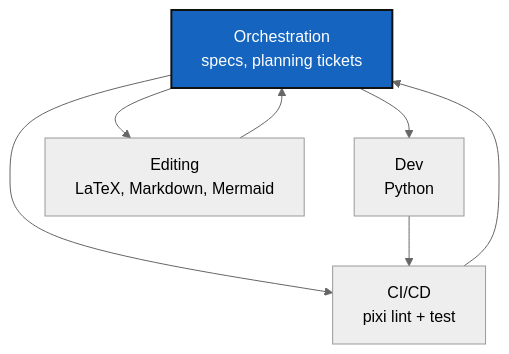
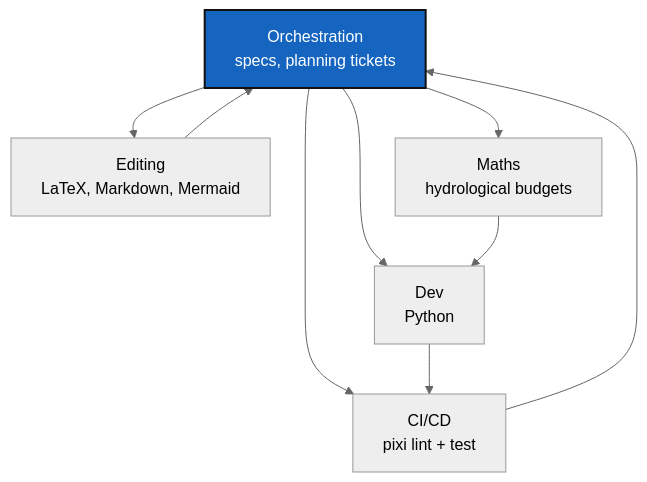
Before and after one commit to flipoyo/.localSpec: the diagram in AGENT.md, drawn with Mermaid (neutral theme). The commit also changed other lines of this file and 4 other files, not shown here.

````diff
--- a/AGENT.md
+++ b/AGENT.md
@@ -20,12 +17,14 @@
 ```mermaid
 graph TD
     O["Orchestration<br/>specs, planning tickets"] --> D["Dev<br/>Python"]
     O --> CI["CI/CD<br/>pixi lint + test"]
     O --> E["Editing<br/>LaTeX, Markdown, Mermaid"]
+    O --> M["Maths<br/>hydrological budgets"]
     D --> CI
+    M --> D
     E --> O
     CI --> O
 
     classDef orch fill:#1565C0,color:#fff,stroke:#111,stroke-width:2px;
     class O orch;
 ```
````
